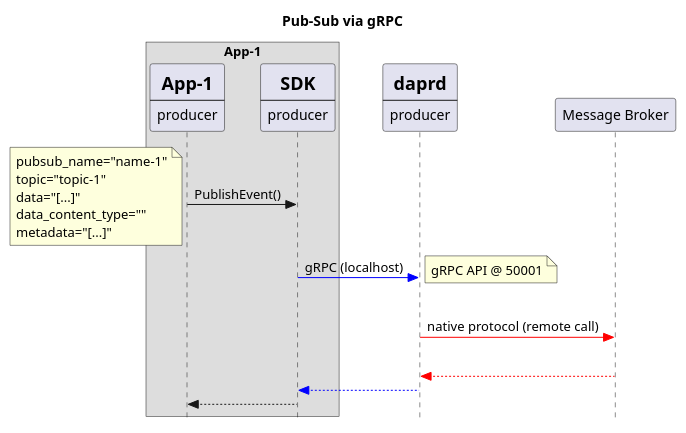
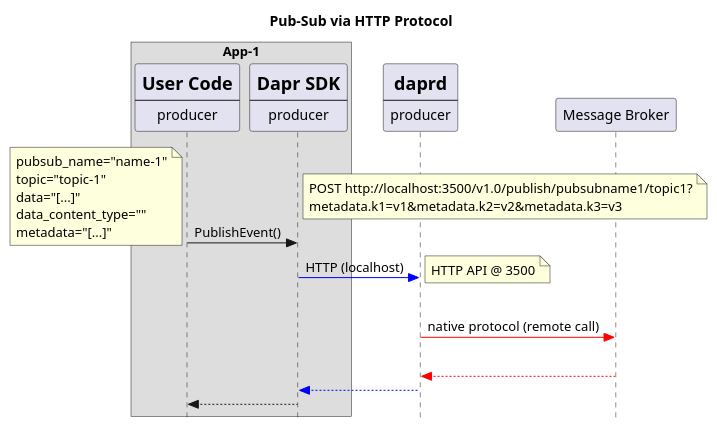
One commit to skyao/learning-dapr changed the second of 2 diagrams in content/sources/pub-sub/publish-process/overview.md. Above: the diagram before and after it, drawn with PlantUML. The commit also changed other lines of this file and 11 other files, not shown here.

````diff
--- a/content/sources/pub-sub/publish-process/overview.md
+++ b/content/sources/pub-sub/publish-process/overview.md
@@ -61,34 +179,35 @@
 ```plantuml
-title Pub-Sub via gRPC
+title Pub-Sub via HTTP Protocol
 hide footbox
 skinparam style strictuml
 box "App-1"
 participant user_code_client [
-    =App-1
+    =User Code
     ----
     producer
 ]
 participant SDK_client [
-    =SDK
+    =Dapr SDK
     ----
     producer
 ]
 end box
 participant daprd_client [
     =daprd
     ----
     producer
 ]
 participant message_broker as "Message Broker"
 
 user_code_client -> SDK_client : PublishEvent() 
 note left: pubsub_name="name-1"\ntopic="topic-1"\ndata="[...]"\ndata_content_type=""\nmetadata="[...]"
-SDK_client -[#blue]> daprd_client : gRPC (localhost)
-note right: gRPC API @ 50001
+note right: POST http://localhost:3500/v1.0/publish/pubsubname1/topic1?\nmetadata.k1=v1&metadata.k2=v2&metadata.k3=v3
+SDK_client -[#blue]> daprd_client : HTTP (localhost)
+note right: HTTP API @ 3500
 |||
 daprd_client -[#red]> message_broker : native protocol (remote call)
 |||
 message_broker --[#red]> daprd_client :
 SDK_client <[#blue]-- daprd_client
 user_code_client <-- SDK_client
 ```
````
